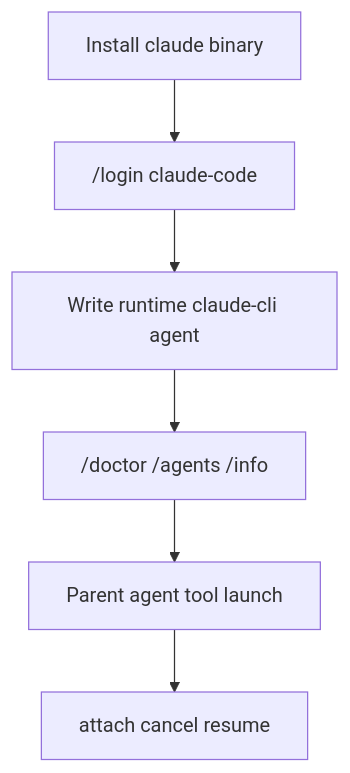
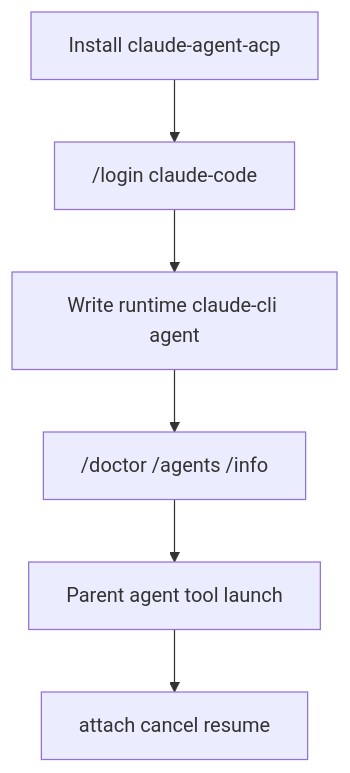
Before and after one commit to matthewyjiang/rho: the second of 2 diagrams in docs/subagents/claude-cli.md, drawn with Mermaid. The commit also changed other lines of this file and 127 other files, not shown here.

First line of the commit message:
feat(claude): run claude code through claude-agent-acp

````diff
--- a/docs/subagents/claude-cli.md
+++ b/docs/subagents/claude-cli.md
@@ -36,8 +38,8 @@
 ```mermaid
 flowchart TD
-    install[Install claude binary] --> login["/login claude-code"]
+    install[Install claude-agent-acp] --> login["/login claude-code"]
     login --> def[Write runtime claude-cli agent]
     def --> doctor["/doctor /agents /info"]
     doctor --> launch[Parent agent tool launch]
     launch --> watch[attach cancel resume]
 ```
````
